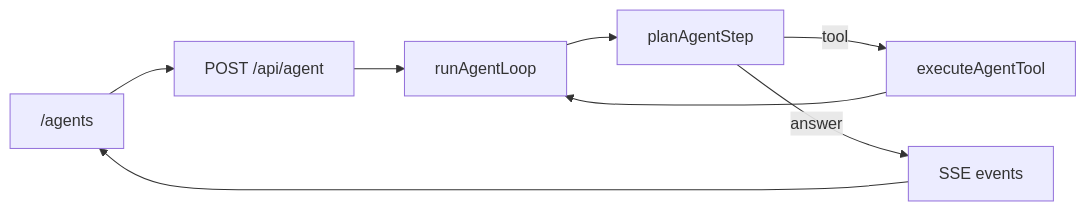
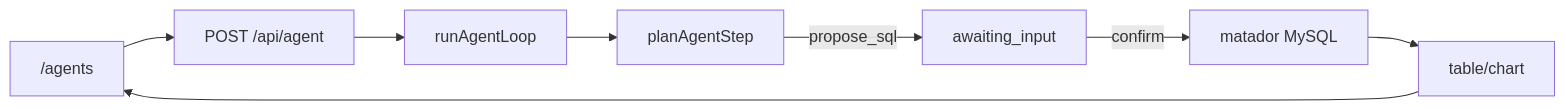
Before and after one commit to jiaxiantao/home-agent: the diagram in README.md, drawn with Mermaid. The commit also changed other lines of this file and 36 other files, not shown here.

First line of the commit message:
feat: 接入大风车问数闭环（NL→SQL→确认→图表）

````diff
--- a/README.md
+++ b/README.md
@@ -26,10 +28,10 @@
 ```mermaid
 flowchart LR
   UI["/agents"] --> API["POST /api/agent"]
   API --> Loop["runAgentLoop"]
   Loop --> Plan["planAgentStep"]
-  Plan -->|tool| Tools["executeAgentTool"]
-  Tools --> Loop
-  Plan -->|answer| SSE["SSE events"]
-  SSE --> UI
+  Plan -->|propose_sql| HITL["awaiting_input"]
+  HITL -->|confirm| MySQL["matador MySQL"]
+  MySQL --> A2UI["table/chart"]
+  A2UI --> UI
 ```
````
